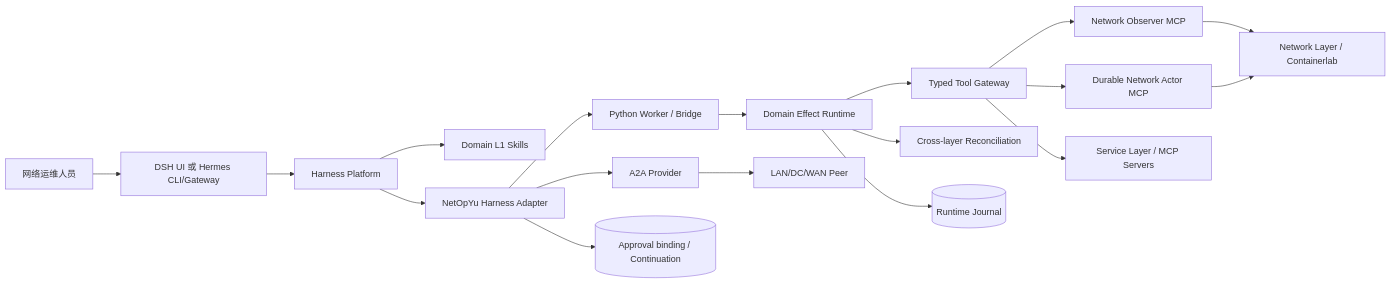
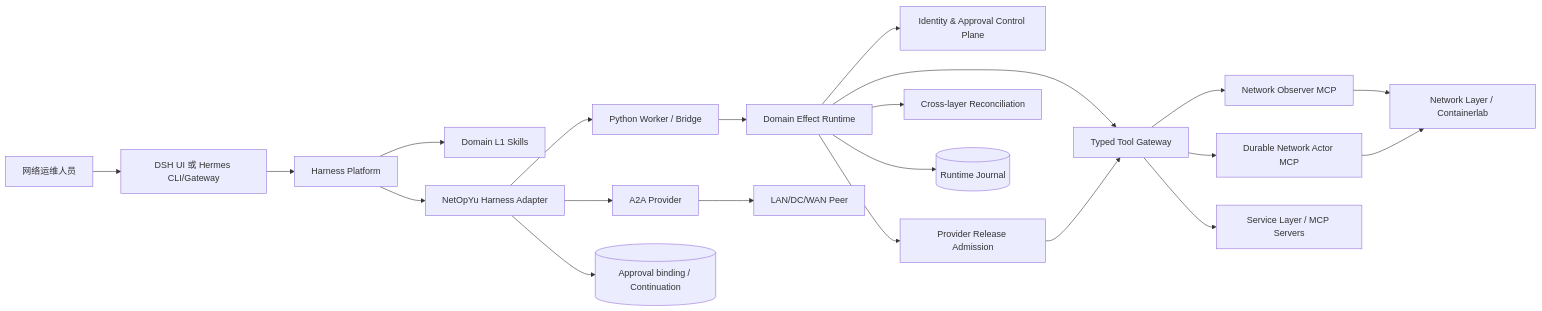
The first of 4 diagrams in HLD.md (kevinyjk25/NetOpYuAgent), drawn with Mermaid before and after one commit. The commit also changed other lines of this file and 73 other files, not shown here.

````diff
--- a/HLD.md
+++ b/HLD.md
@@ -29,20 +29,23 @@
 ```mermaid
 flowchart LR
     O[网络运维人员] --> UI[DSH UI 或 Hermes CLI/Gateway]
     UI --> DSH[Harness Platform]
     DSH --> L1[Domain L1 Skills]
     DSH --> P[NetOpYu Harness Adapter]
     P --> W[Python Worker / Bridge]
     W --> NR[Domain Effect Runtime]
+    NR --> IA[Identity & Approval Control Plane]
+    NR --> PS[Provider Release Admission]
     NR --> TG[Typed Tool Gateway]
+    PS --> TG
     TG --> NO[Network Observer MCP]
     TG --> NA[Durable Network Actor MCP]
     NO --> NL[Network Layer / Containerlab]
     NA --> NL
     TG --> SL[Service Layer / MCP Servers]
     NR --> REC[Cross-layer Reconciliation]
     P --> A2A[A2A Provider]
     A2A --> PEER[LAN/DC/WAN Peer]
     NR --> J[(Runtime Journal)]
     P --> H[(Approval binding / Continuation)]
 ```
````
